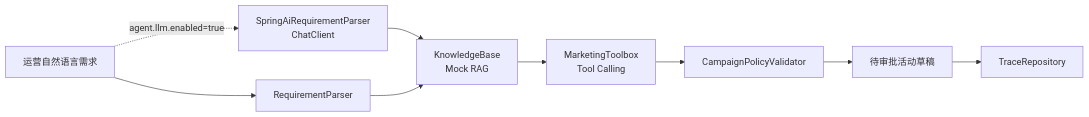
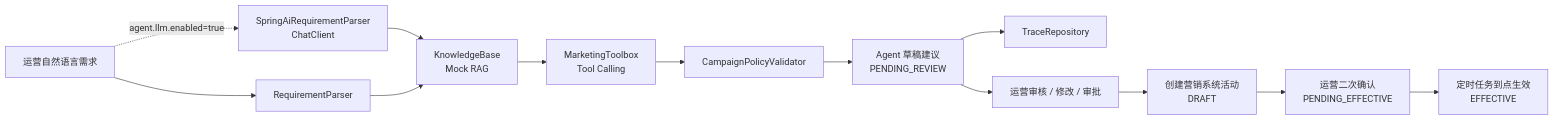
One commit to XiaoLeiBro/marketing-agent-demo changed the diagram in README.md. Above: the diagram before and after it, drawn with Mermaid. The commit also changed other lines of this file and 7 other files, not shown here.

````diff
--- a/README.md
+++ b/README.md
@@ -38,11 +64,15 @@
 ```mermaid
 flowchart LR
   A["运营自然语言需求"] --> B["RequirementParser"]
   A -. "agent.llm.enabled=true" .-> B2["SpringAiRequirementParser<br/>ChatClient"]
   B2 --> C
   B --> C["KnowledgeBase<br/>Mock RAG"]
   C --> D["MarketingToolbox<br/>Tool Calling"]
   D --> E["CampaignPolicyValidator"]
-  E --> F["待审批活动草稿"]
+  E --> F["Agent 草稿建议<br/>PENDING_REVIEW"]
   F --> G["TraceRepository"]
+  F --> H["运营审核 / 修改 / 审批"]
+  H --> I["创建营销系统活动<br/>DRAFT"]
+  I --> J["运营二次确认<br/>PENDING_EFFECTIVE"]
+  J --> K["定时任务到点生效<br/>EFFECTIVE"]
 ```
````
